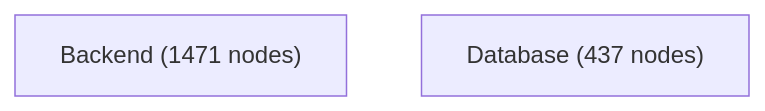
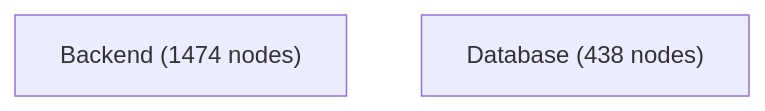
The first of 4 diagrams in docs/architecture-analysis/architecture.report.md (jankneumann/agentic-coding-tools), drawn with Mermaid before and after one commit. The commit also changed other lines of this file and 12 other files, not shown here.

First line of the commit message:
chore(architecture): refresh the committed analysis artifacts against main

````diff
--- a/docs/architecture-analysis/architecture.report.md
+++ b/docs/architecture-analysis/architecture.report.md
@@ -501,5 +501,5 @@
 ```mermaid
 flowchart TB
-    Backend["Backend (1471 nodes)"]
-    Database["Database (437 nodes)"]
+    Backend["Backend (1474 nodes)"]
+    Database["Database (438 nodes)"]
 ```
````
